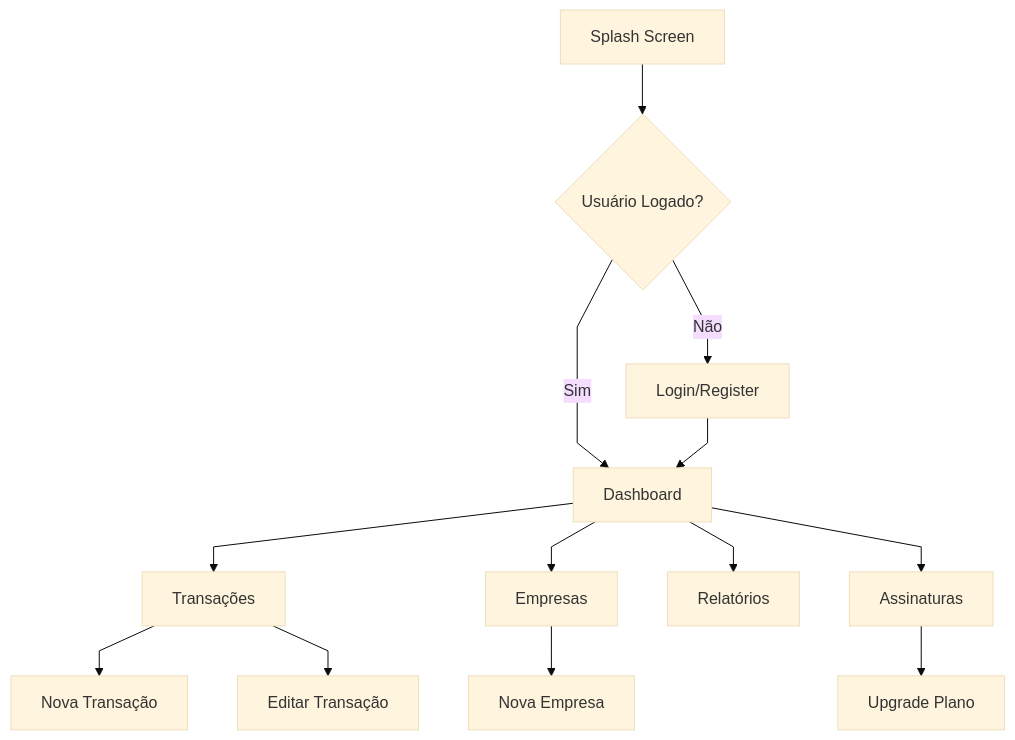
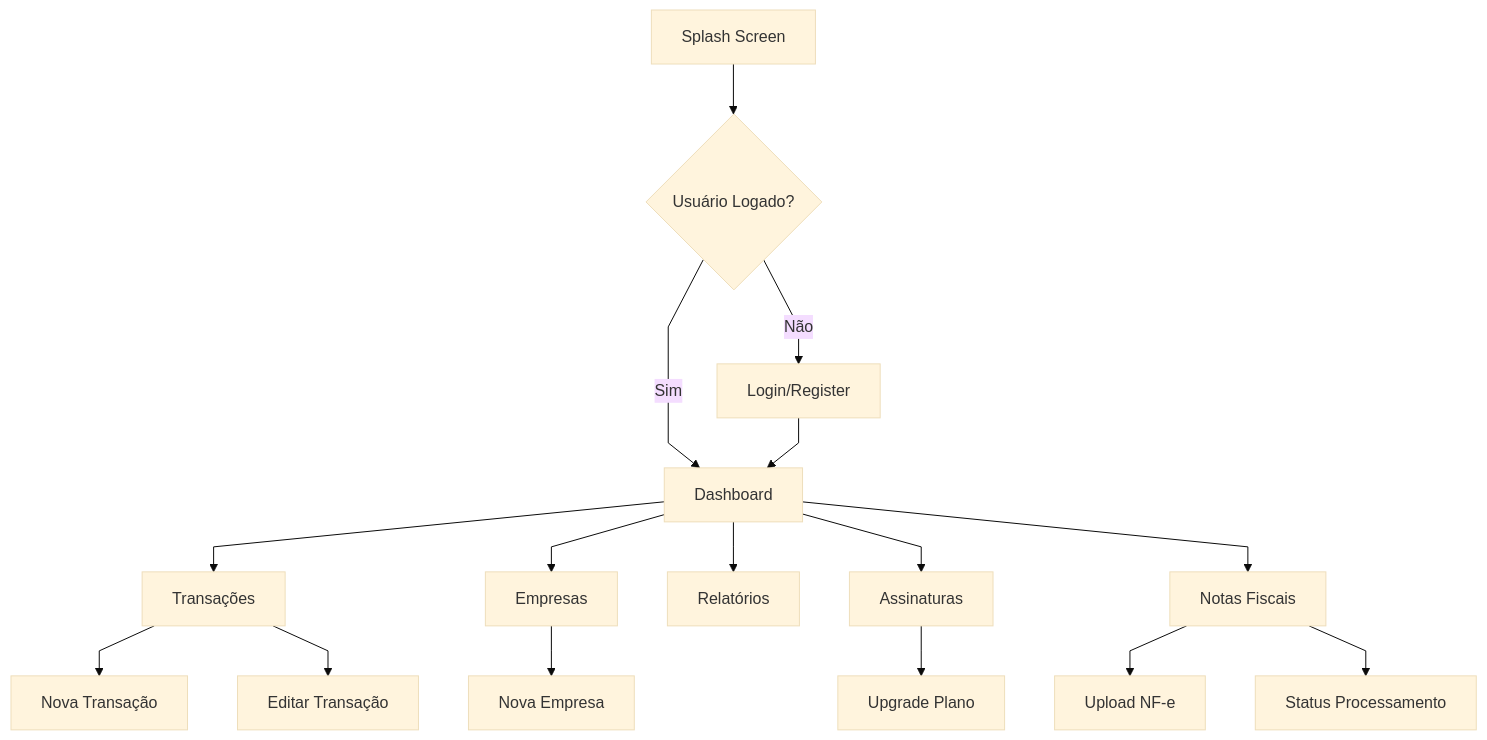
The second of 8 diagrams in docs/frontend-documentation.md (vinicius00franco/doc-es3-gestao-empresas-financeiro), drawn with Mermaid (base theme) before and after one commit. The commit also changed other lines of this file and 16 other files, not shown here.

````diff
--- a/docs/frontend-documentation.md
+++ b/docs/frontend-documentation.md
@@ -22,16 +22,19 @@
 ```mermaid
 %%{init: {'flowchart': {'curve': 'linear'}}}%%
 flowchart TD
     A[Splash Screen] --> B{Usuário Logado?}
     B -->|Não| C[Login/Register]
     B -->|Sim| D[Dashboard]
     C --> D
     D --> E[Transações]
     D --> F[Empresas]
     D --> G[Relatórios]
     D --> H[Assinaturas]
-    E --> I[Nova Transação]
-    E --> J[Editar Transação]
-    F --> K[Nova Empresa]
-    H --> L[Upgrade Plano]
+    D --> I[Notas Fiscais]
+    E --> J[Nova Transação]
+    E --> K[Editar Transação]
+    F --> L[Nova Empresa]
+    H --> M[Upgrade Plano]
+    I --> N[Upload NF-e]
+    I --> O[Status Processamento]
 ```
````
